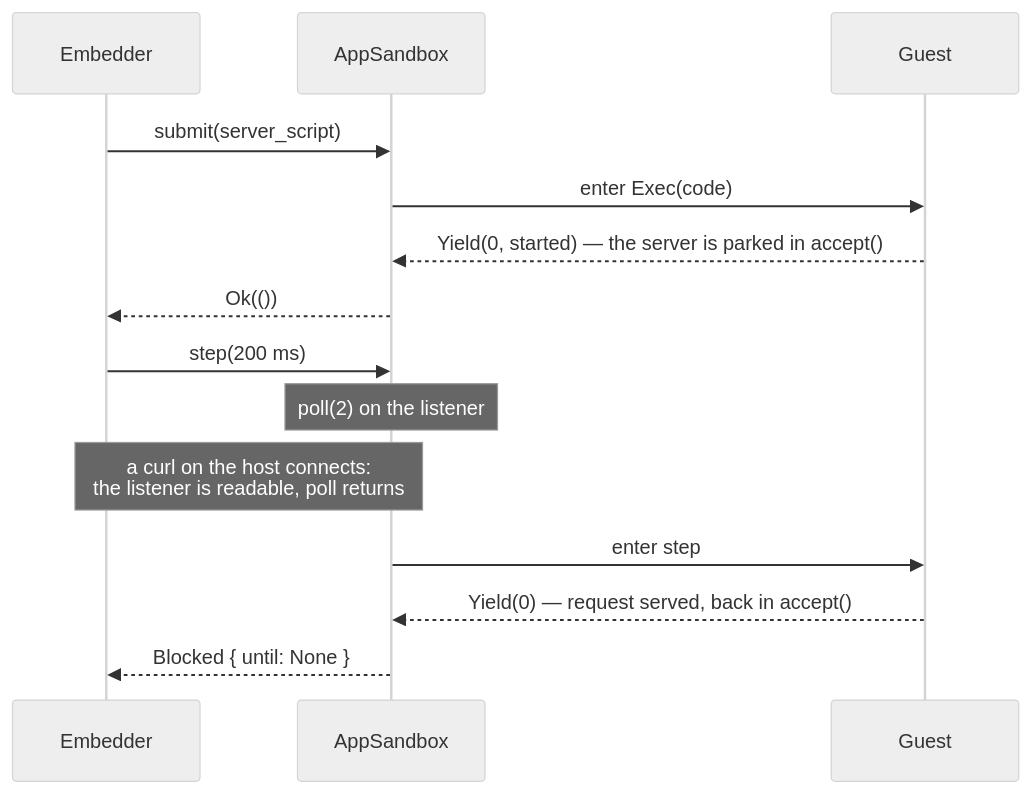
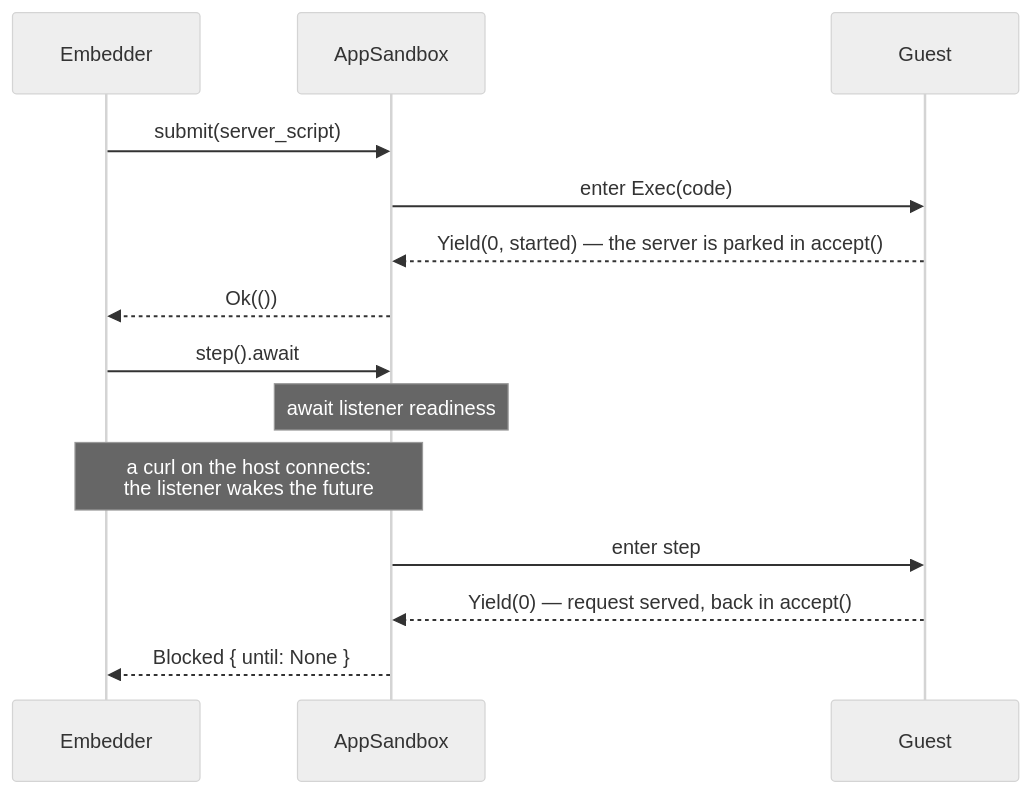
The fifth of 7 diagrams in docs/execution.md (hyperlight-dev/hyperlight-unikraft), drawn with Mermaid (neutral theme) before and after one commit. The commit also changed other lines of this file and 38 other files, not shown here.

````diff
--- a/docs/execution.md
+++ b/docs/execution.md
@@ -129,17 +154,17 @@
 ```mermaid
 sequenceDiagram
     participant A as Embedder
     participant S as AppSandbox
     participant G as Guest
 
     A->>S: submit(server_script)
     S->>G: enter Exec(code)
     G-->>S: Yield(0, started) — the server is parked in accept()
     S-->>A: Ok(())
-    A->>S: step(200 ms)
-    Note over S: poll(2) on the listener
-    Note over A,S: a curl on the host connects:<br/>the listener is readable, poll returns
+    A->>S: step().await
+    Note over S: await listener readiness
+    Note over A,S: a curl on the host connects:<br/>the listener wakes the future
     S->>G: enter step
     G-->>S: Yield(0) — request served, back in accept()
     S-->>A: Blocked { until: None }
 ```
````
